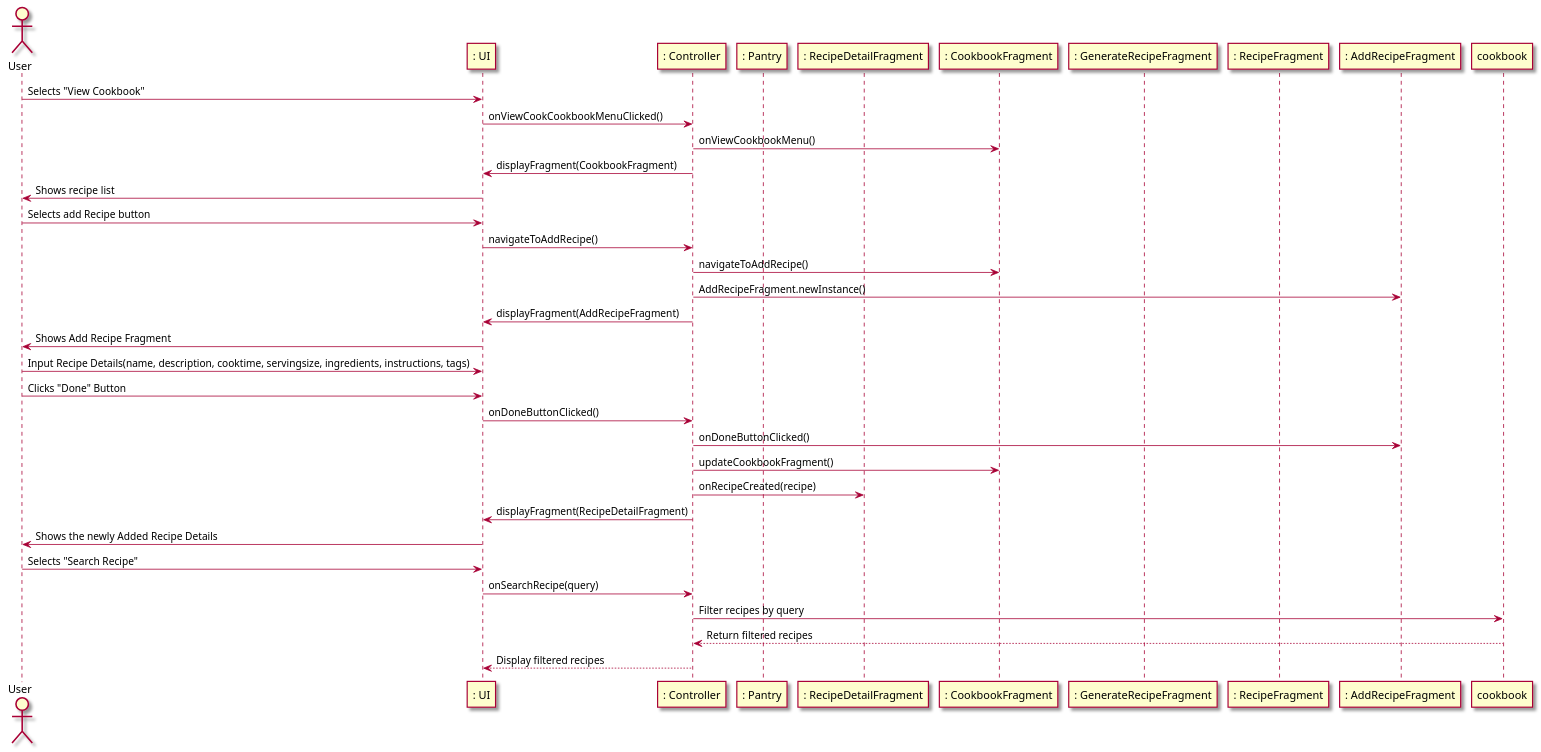
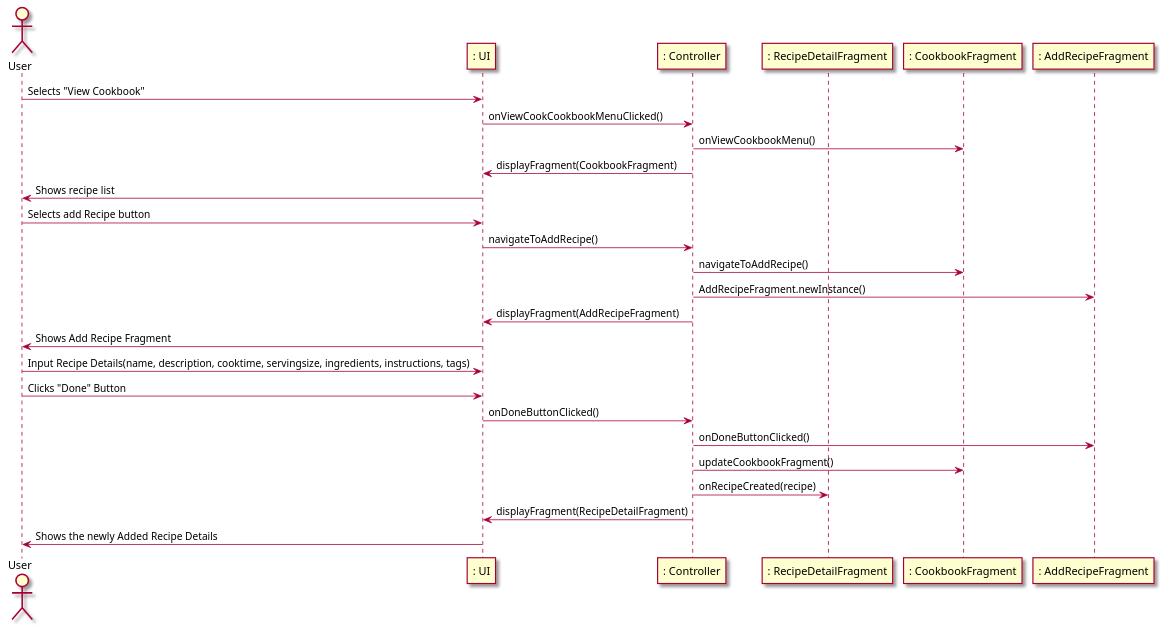
Before and after one commit to berthashipper/Pantry-Pal-Android-Application: the second of 3 diagrams in intellij/doc/use-cases/manage_recipes.md, drawn with PlantUML. The commit also changed other lines of this file, not shown here.

Commit message:
Updated Search Recipe sequence diagram in manage_recipes.md

`````diff
--- a/intellij/doc/use-cases/manage_recipes.md
+++ b/intellij/doc/use-cases/manage_recipes.md
@@ -74,44 +74,35 @@
 ```plantuml
 @startuml
 skin rose
 
 actor User as user
 participant ": UI" as ui
 participant ": Controller" as cont
-participant ": Pantry" as pantry
 participant ": RecipeDetailFragment" as rdf
 participant ": CookbookFragment" as cf
-participant ": GenerateRecipeFragment" as grf
-participant ": RecipeFragment" as rf
 participant ": AddRecipeFragment" as arf
 
 user -> ui : Selects "View Cookbook"
 ui -> cont : onViewCookCookbookMenuClicked()
 cont -> cf: onViewCookbookMenu()
 cont -> ui: displayFragment(CookbookFragment)
 ui -> user: Shows recipe list
 
 user -> ui : Selects add Recipe button
 ui -> cont: navigateToAddRecipe()
 cont -> cf: navigateToAddRecipe()
 cont -> arf : AddRecipeFragment.newInstance()
 cont -> ui: displayFragment(AddRecipeFragment)
 ui -> user: Shows Add Recipe Fragment
 
 user -> ui : Input Recipe Details(name, description, cooktime, servingsize, ingredients, instructions, tags)
 user -> ui : Clicks "Done" Button
 ui -> cont : onDoneButtonClicked()
 cont -> arf : onDoneButtonClicked()
 cont -> cf: updateCookbookFragment()
 cont -> rdf: onRecipeCreated(recipe)
 cont -> ui : displayFragment(RecipeDetailFragment)
 ui -> user: Shows the newly Added Recipe Details
 
-user -> ui : Selects "Search Recipe"
-ui -> cont : onSearchRecipe(query)
-cont -> cookbook : Filter recipes by query
-cookbook --> cont : Return filtered recipes
-cont --> ui : Display filtered recipes
-
 @enduml
 ````
`````
